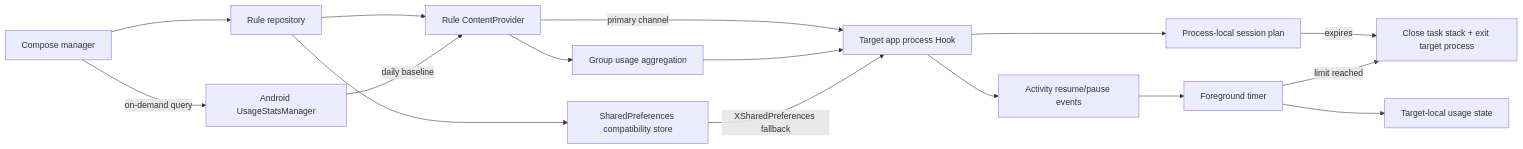
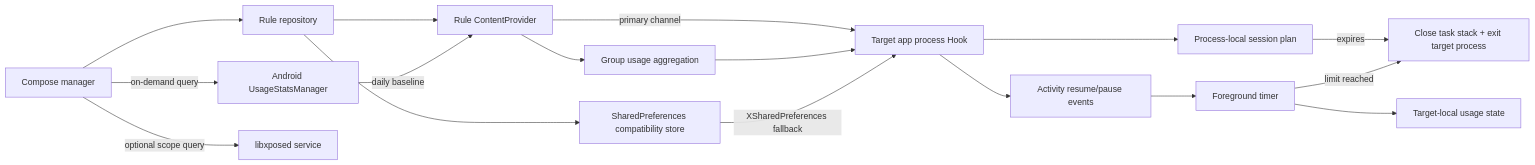
One commit to Xposed-Modules-Repo/com.liuml.apptimelimiter changed the diagram in README.en.md. Above: the diagram before and after it, drawn with Mermaid. The commit also changed other lines of this file and 33 other files, not shown here.

````diff
--- a/README.en.md
+++ b/README.en.md
@@ -49,18 +50,19 @@
 ```mermaid
 flowchart LR
     UI["Compose manager"] --> Repo["Rule repository"]
     Repo --> Provider["Rule ContentProvider"]
     Repo --> Prefs["SharedPreferences compatibility store"]
     Provider -->|"primary channel"| Hook["Target app process Hook"]
     Provider --> Groups["Group usage aggregation"]
     Groups --> Hook
     Prefs -->|"XSharedPreferences fallback"| Hook
     Hook --> Lifecycle["Activity resume/pause events"]
     Lifecycle --> Timer["Foreground timer"]
     Hook --> SessionPlan["Process-local session plan"]
     SessionPlan -->|"expires"| Exit
     Timer -->|"limit reached"| Exit["Close task stack + exit target process"]
     Timer --> State["Target-local usage state"]
     UI -->|"on-demand query"| UsageStats["Android UsageStatsManager"]
     UsageStats -->|"daily baseline"| Provider
+    UI -->|"optional scope query"| XposedService["libxposed service"]
 ```
````
